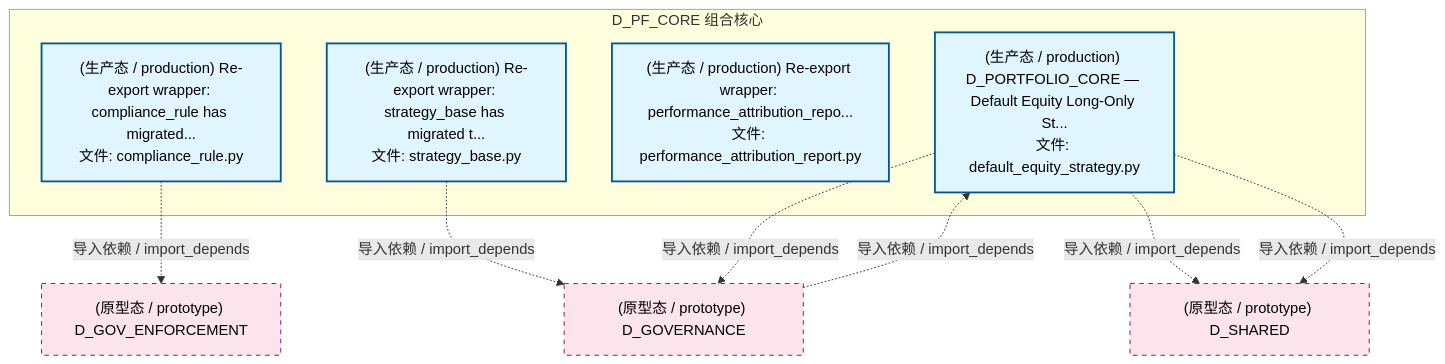
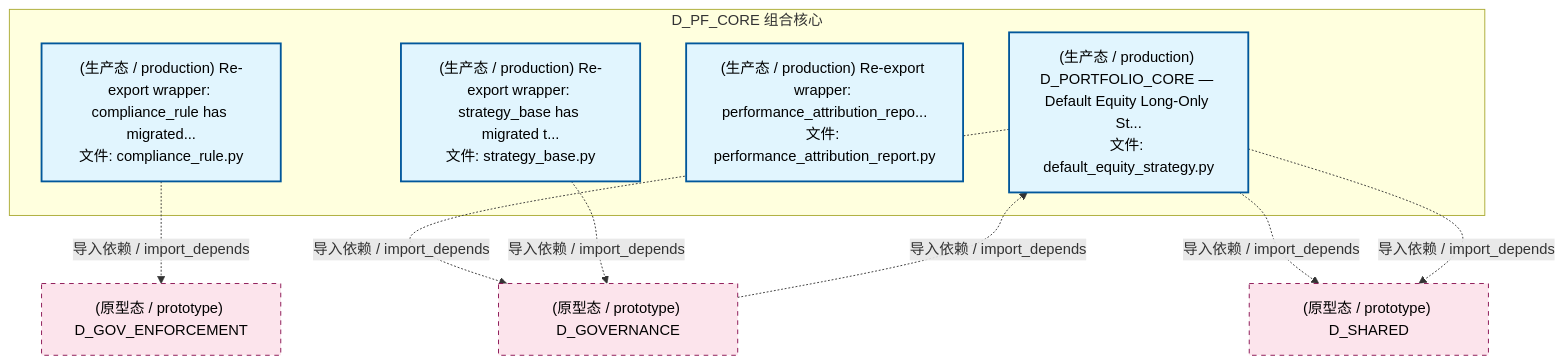
One commit to xuanFelixVan/ZephyrAlpha changed the second of 4 diagrams in docs/02_enterprise_architecture/02_domain_architecture_docs/44_d_pf_core.md. Above: the diagram before and after it, drawn with Mermaid. The commit also changed other lines of this file and 100 other files, not shown here.

````diff
--- a/docs/02_enterprise_architecture/02_domain_architecture_docs/44_d_pf_core.md
+++ b/docs/02_enterprise_architecture/02_domain_architecture_docs/44_d_pf_core.md
@@ -121,24 +121,24 @@
 ```mermaid
 graph TD
     subgraph D_PF_CORE["D_PF_CORE 组合核心"]
         src_zephyr_pf_core_compliance_rule_py["(生产态 / production) Re-export wrapper: compliance_rule has migrated...<br/>文件: compliance_rule.py"]
         src_zephyr_pf_core_default_equity_strategy_py["(生产态 / production) D_PORTFOLIO_CORE — Default Equity Long-Only St...<br/>文件: default_equity_strategy.py"]
         src_zephyr_pf_core_performance_attribution_report_py["(生产态 / production) Re-export wrapper: performance_attribution_repo...<br/>文件: performance_attribution_report.py"]
         src_zephyr_pf_core_strategy_base_py["(生产态 / production) Re-export wrapper: strategy_base has migrated t...<br/>文件: strategy_base.py"]
     end
     D_GOV_ENFORCEMENT["(原型态 / prototype) D_GOV_ENFORCEMENT"]
     src_zephyr_pf_core_compliance_rule_py -.->|导入依赖 / import_depends| D_GOV_ENFORCEMENT
     D_GOVERNANCE["(原型态 / prototype) D_GOVERNANCE"]
-    src_zephyr_pf_core_strategy_base_py -.->|导入依赖 / import_depends| D_GOVERNANCE
     src_zephyr_pf_core_default_equity_strategy_py -.->|导入依赖 / import_depends| D_GOVERNANCE
     D_SHARED["(原型态 / prototype) D_SHARED"]
     src_zephyr_pf_core_default_equity_strategy_py -.->|导入依赖 / import_depends| D_SHARED
     src_zephyr_pf_core_default_equity_strategy_py -.->|导入依赖 / import_depends| D_SHARED
+    src_zephyr_pf_core_strategy_base_py -.->|导入依赖 / import_depends| D_GOVERNANCE
     D_GOVERNANCE -.->|导入依赖 / import_depends| src_zephyr_pf_core_default_equity_strategy_py
     classDef production fill:#e1f5fe,stroke:#01579b,stroke-width:2px,color:#000
     classDef design fill:#fff3e0,stroke:#e65100,stroke-width:2px,color:#000,stroke-dasharray: 5 5
     classDef external_prod fill:#e8f5e9,stroke:#1b5e20,stroke-width:1px,color:#000
     classDef external_design fill:#fce4ec,stroke:#880e4f,stroke-width:1px,color:#000,stroke-dasharray: 5 5
     class src_zephyr_pf_core_compliance_rule_py,src_zephyr_pf_core_default_equity_strategy_py,src_zephyr_pf_core_performance_attribution_report_py,src_zephyr_pf_core_strategy_base_py production
     class D_GOV_ENFORCEMENT,D_GOVERNANCE,D_SHARED external_design
 ```
````
